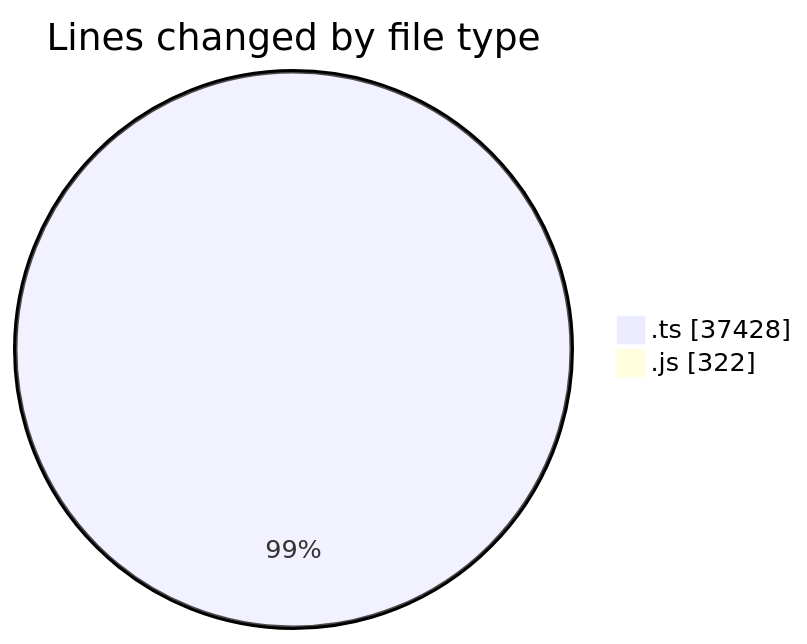
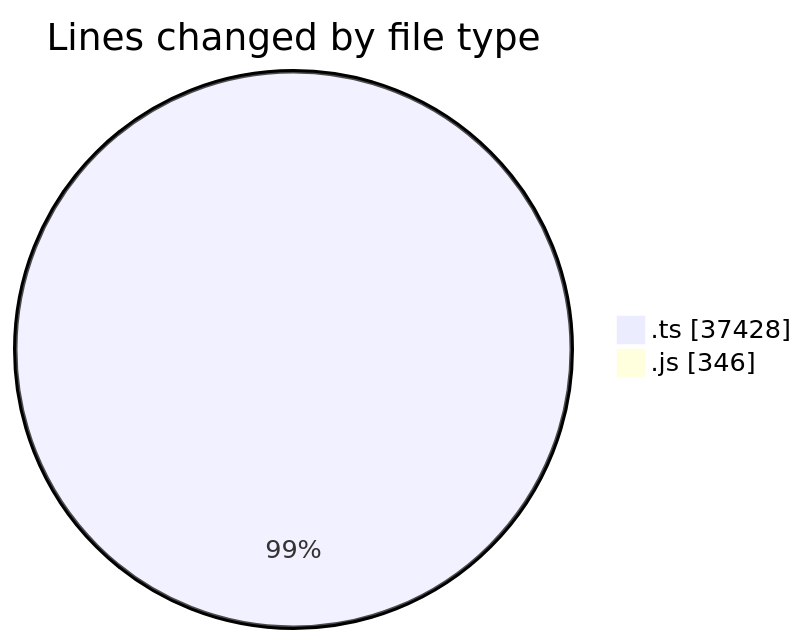
The first of 2 diagrams in 2025-09-29/cda/README.md (momahboobian/code-tracking), drawn with Mermaid before and after one commit. The commit also changed other lines of this file and 1 other file, not shown here.

````diff
--- a/2025-09-29/cda/README.md
+++ b/2025-09-29/cda/README.md
@@ -25,6 +25,6 @@
 ```mermaid
 pie showData
 title Lines changed by file type
 ".ts" : 37428
-".js" : 322
+".js" : 346
 ```
````
